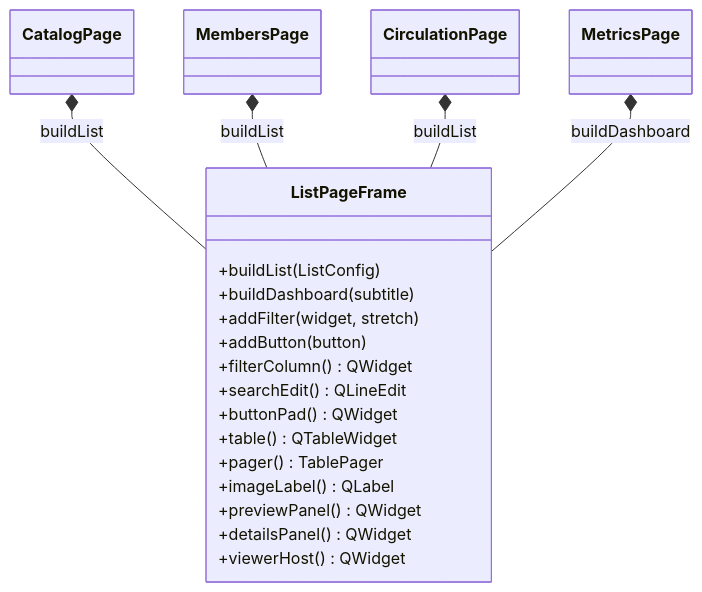
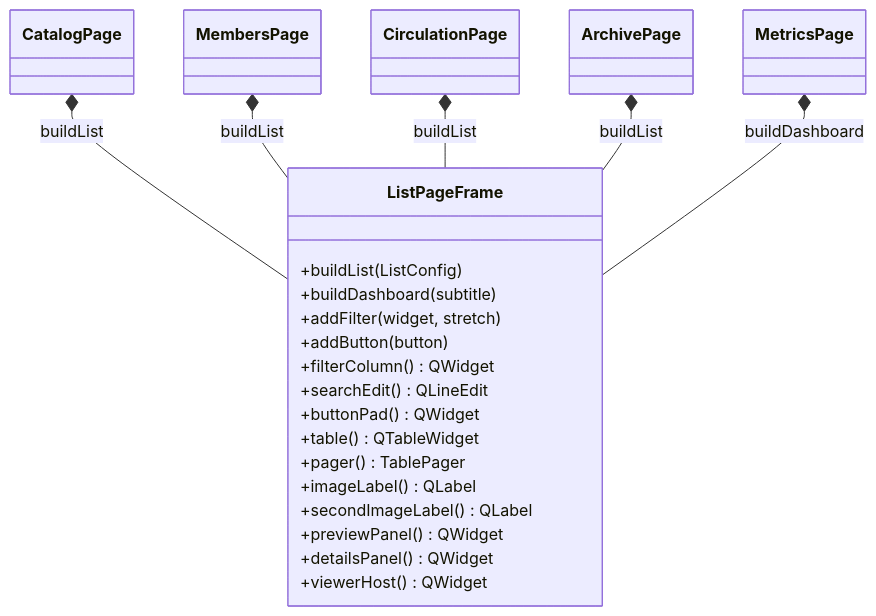
The seventh of 27 diagrams in docs/architecture/beta-uml.md (medaminben/VLMS), drawn with Mermaid before and after one commit. The commit also changed other lines of this file, not shown here.

Commit message:
Refresh the Beta UML for the library split and schema 7.

````diff
--- a/docs/architecture/beta-uml.md
+++ b/docs/architecture/beta-uml.md
@@ -159,27 +187,30 @@
 ```mermaid
 classDiagram
     direction TB
     class ListPageFrame {
         +buildList(ListConfig)
         +buildDashboard(subtitle)
         +addFilter(widget, stretch)
         +addButton(button)
         +filterColumn() QWidget
         +searchEdit() QLineEdit
         +buttonPad() QWidget
         +table() QTableWidget
         +pager() TablePager
         +imageLabel() QLabel
+        +secondImageLabel() QLabel
         +previewPanel() QWidget
         +detailsPanel() QWidget
         +viewerHost() QWidget
     }
     class CatalogPage
     class MembersPage
     class CirculationPage
+    class ArchivePage
     class MetricsPage
     CatalogPage *-- ListPageFrame : buildList
     MembersPage *-- ListPageFrame : buildList
     CirculationPage *-- ListPageFrame : buildList
+    ArchivePage *-- ListPageFrame : buildList
     MetricsPage *-- ListPageFrame : buildDashboard
 ```
````
